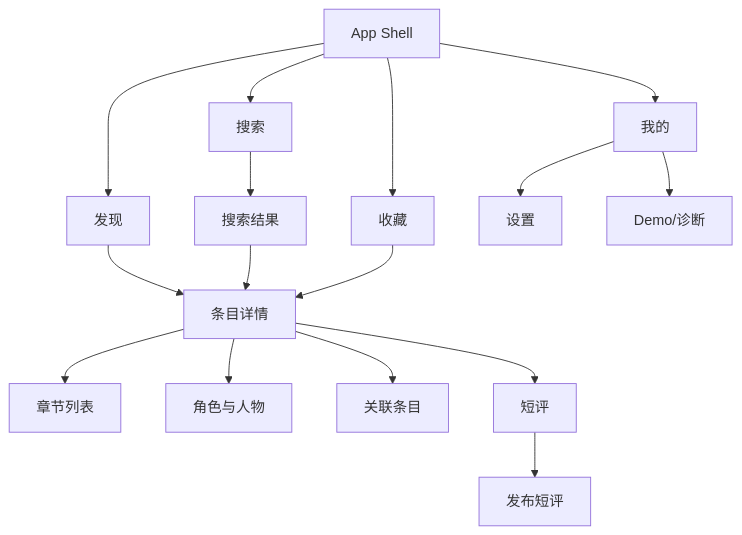
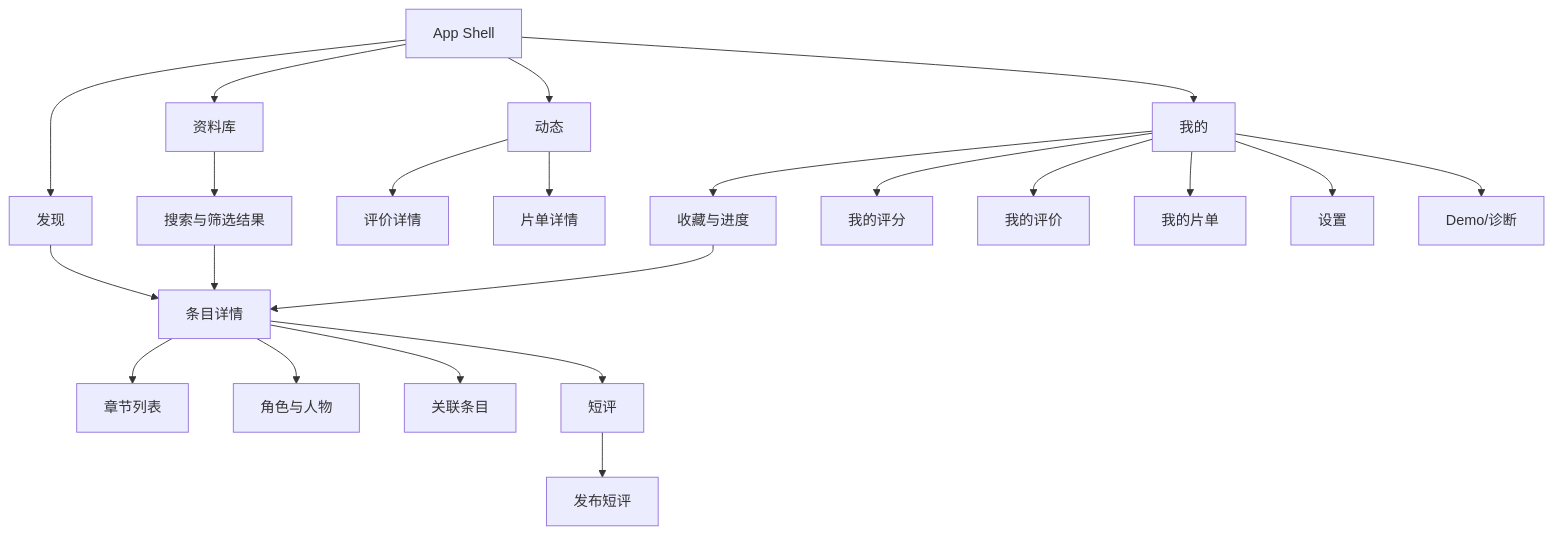
One commit to Sherlock-Holmos/anime changed the diagram in docs/frontend/01-product-and-navigation.md. Above: the diagram before and after it, drawn with Mermaid. The commit also changed other lines of this file and 122 other files, not shown here.

Commit message:
feat: complete P0 cross-platform product flow

````diff
--- a/docs/frontend/01-product-and-navigation.md
+++ b/docs/frontend/01-product-and-navigation.md
@@ -31,18 +35,24 @@
 ```mermaid
 flowchart TD
     App[App Shell] --> Discover[发现]
-    App --> Search[搜索]
-    App --> Collection[收藏]
+    App --> Library[资料库]
+    App --> Activity[动态]
     App --> Profile[我的]
     Discover --> Subject[条目详情]
-    Search --> Results[搜索结果]
+    Library --> Results[搜索与筛选结果]
     Results --> Subject
+    Profile --> Collection[收藏与进度]
     Collection --> Subject
+    Activity --> Review[评价详情]
+    Activity --> List[片单详情]
     Subject --> Episodes[章节列表]
     Subject --> Cast[角色与人物]
     Subject --> Relations[关联条目]
     Subject --> Comments[短评]
     Comments --> Composer[发布短评]
+    Profile --> Ratings[我的评分]
+    Profile --> Reviews[我的评价]
+    Profile --> Lists[我的片单]
     Profile --> Settings[设置]
     Profile --> Diagnostics[Demo/诊断]
 ```
````
